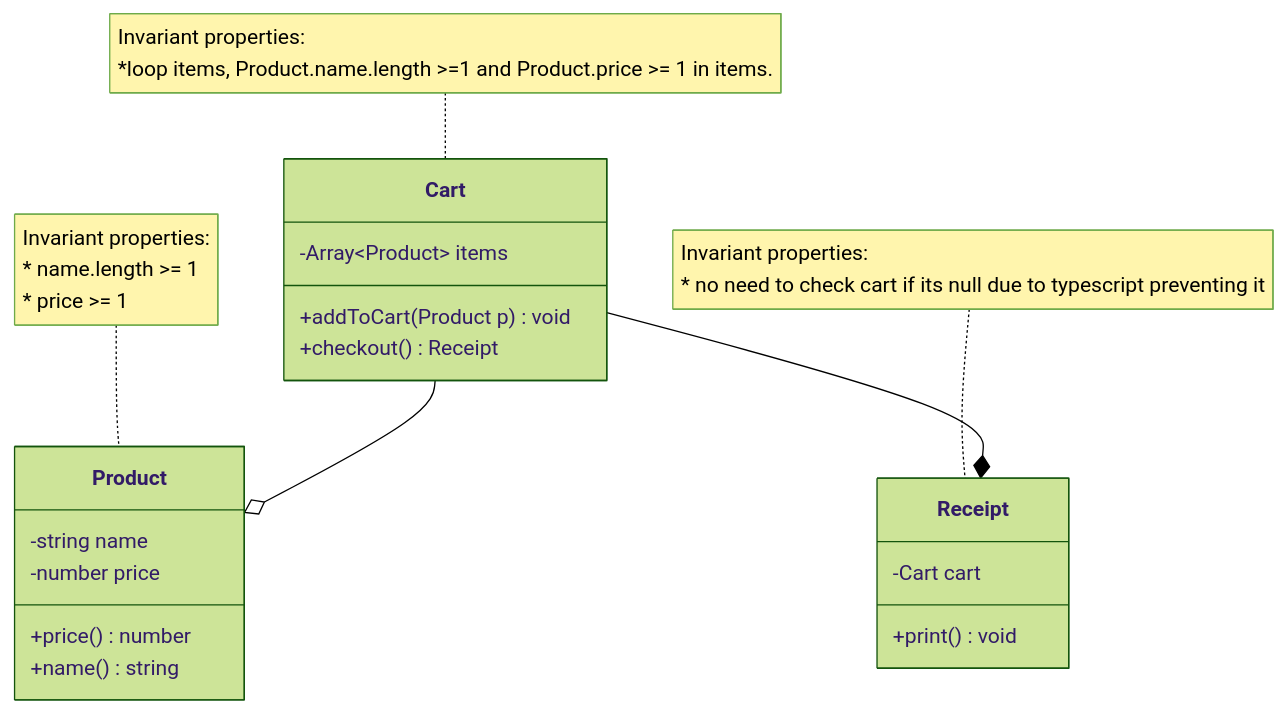
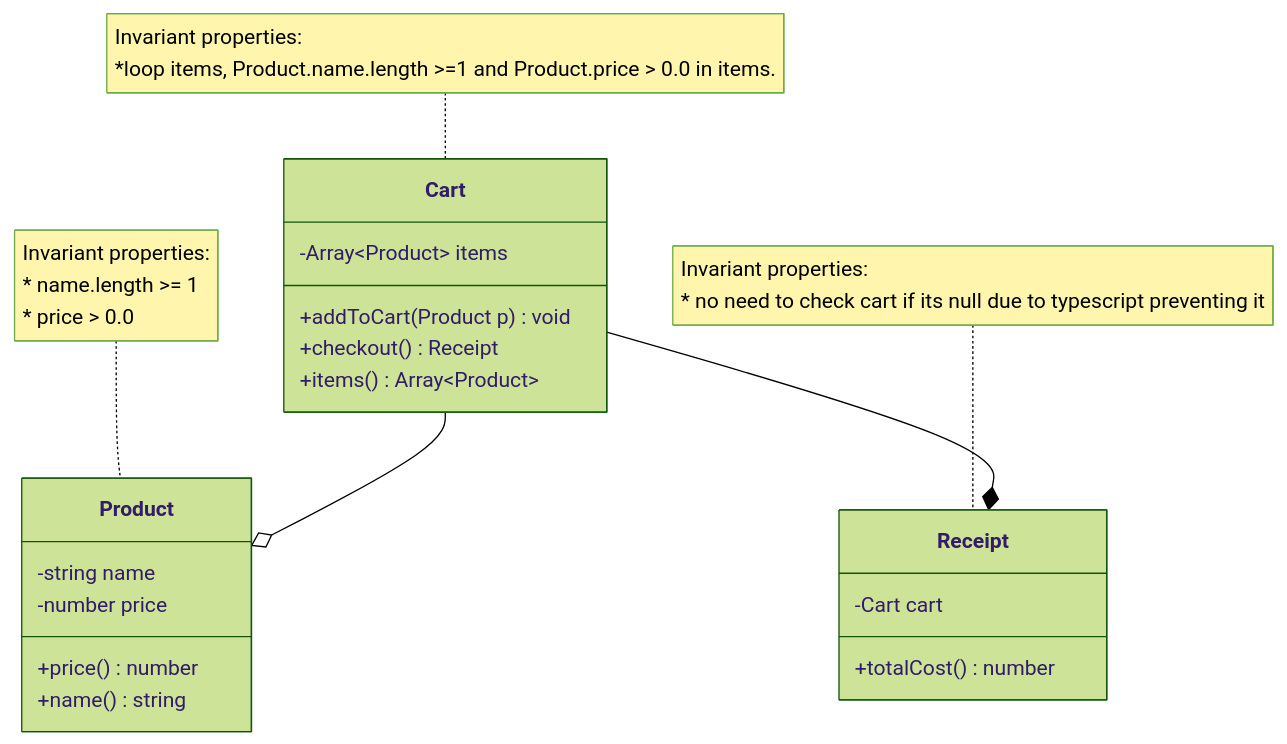
The diagram in domain.md (andre4352323/2452-pos), drawn with Mermaid (forest theme) before and after one commit. The commit also changed 1 other file, not shown here.

Commit message:
changes from feedback

```diff
--- a/domain.md
+++ b/domain.md
@@ -9,45 +9,46 @@
 :::mermaid
 
     classDiagram
 
         class Product{
             
             -string name
             -number price
 
             +price() number
             +name() string
             
     
         }
 
         note for Product "Invariant properties:
         * name.length >= 1
-        * price >= 1"
+        * price > 0.0"
 
     
         class Receipt {
             -Cart cart
 
-            +print() void
+            +totalCost() number
             
         }
 
         note for Receipt"Invariant properties:
         * no need to check cart if its null due to typescript preventing it"
 
         class Cart {
             -Array~Product~ items
 
             +addToCart(Product p) void
             +checkout() Receipt
+            +items() Array~Product~
         
         }
 
         note for Cart "Invariant properties:
-        *loop items, Product.name.length >=1 and Product.price >= 1 in items."
+        *loop items, Product.name.length >=1 and Product.price > 0.0 in items."
 
         Cart --o Product
         Cart --* Receipt
 
 :::
```
